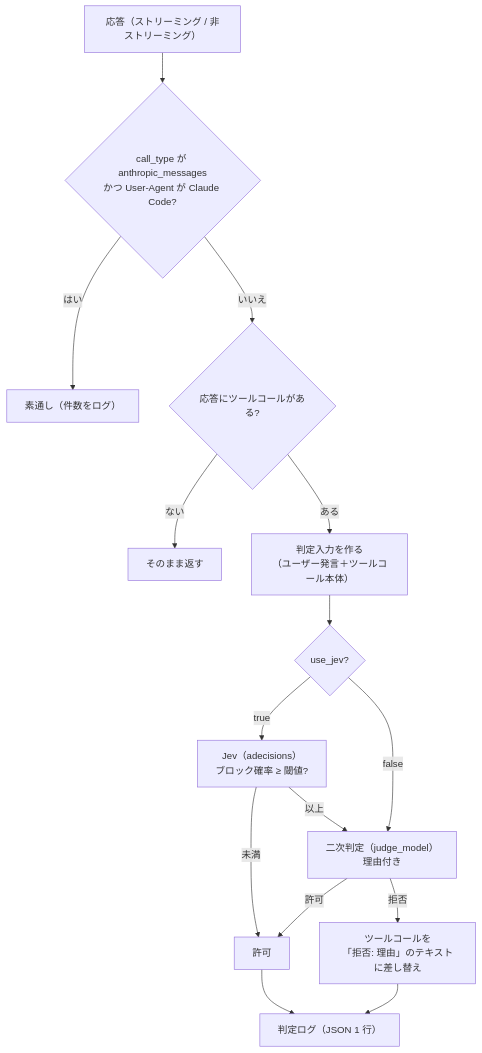
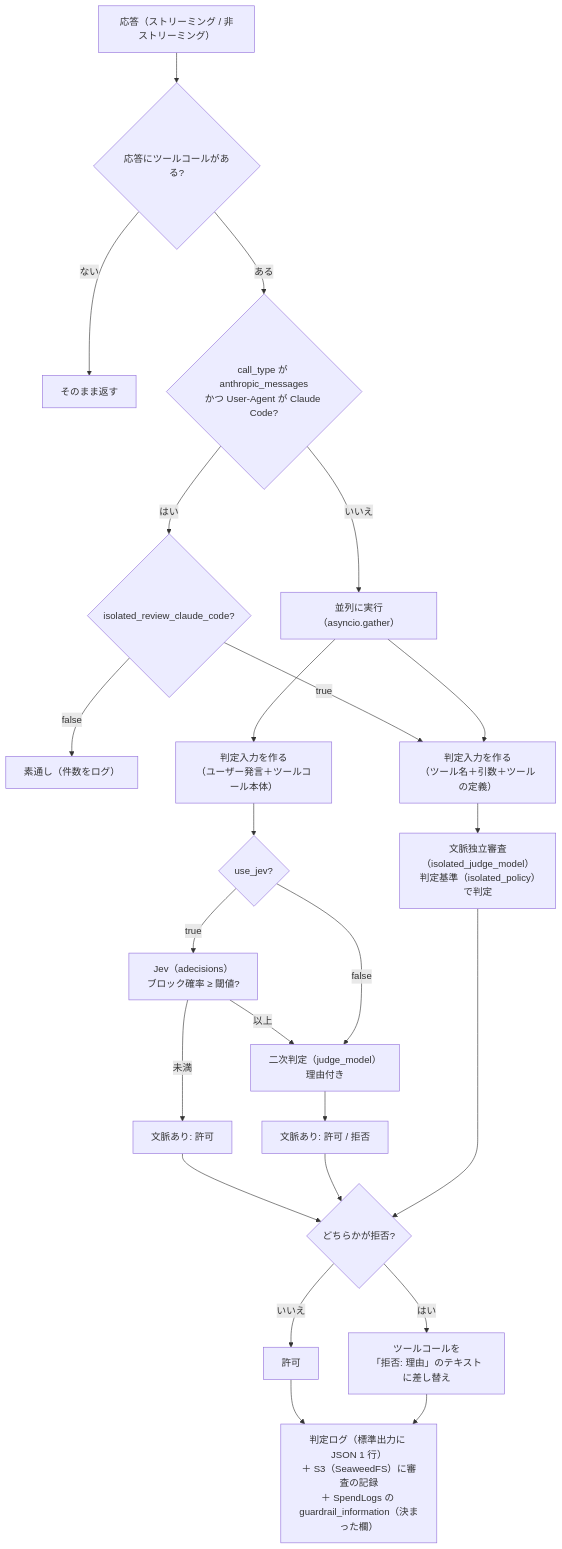
The third of 3 diagrams in docs/design.md (notfolder/litellm-agent-gateway-lab), drawn with Mermaid before and after one commit. The commit also changed other lines of this file and 2 other files, not shown here.

First line of the commit message:
Specify the context-independent tool argument review

````diff
--- a/docs/design.md
+++ b/docs/design.md
@@ -333,17 +356,26 @@
 ```mermaid
 flowchart TB
-    R["応答（ストリーミング / 非ストリーミング）"] --> K{"call_type が anthropic_messages<br/>かつ User-Agent が Claude Code?"}
-    K -- はい --> PASS["素通し（件数をログ）"]
-    K -- いいえ --> T{"応答にツールコールがある?"}
+    R["応答（ストリーミング / 非ストリーミング）"] --> T{"応答にツールコールがある?"}
     T -- ない --> OUT["そのまま返す"]
-    T -- ある --> X["判定入力を作る<br/>（ユーザー発言＋ツールコール本体）"]
+    T -- ある --> K{"call_type が anthropic_messages<br/>かつ User-Agent が Claude Code?"}
+    K -- はい --> CC{"isolated_review_claude_code?"}
+    CC -- false --> PASS["素通し（件数をログ）"]
+    CC -- true --> I1
+    K -- いいえ --> P["並列に実行（asyncio.gather）"]
+    P --> X["判定入力を作る<br/>（ユーザー発言＋ツールコール本体）"]
     X --> J{"use_jev?"}
     J -- true --> J1["Jev（adecisions）<br/>ブロック確率 ≥ 閾値?"]
-    J1 -- 未満 --> ALLOW["許可"]
+    J1 -- 未満 --> CA["文脈あり: 許可"]
     J1 -- 以上 --> J2["二次判定（judge_model）<br/>理由付き"]
     J -- false --> J2
-    J2 -- 許可 --> ALLOW
-    J2 -- 拒否 --> DENY["ツールコールを<br/>「拒否: 理由」のテキストに差し替え"]
-    ALLOW --> LOG["判定ログ（JSON 1 行）"]
+    J2 --> CR["文脈あり: 許可 / 拒否"]
+    P --> I1["判定入力を作る<br/>（ツール名＋引数＋ツールの定義）"]
+    I1 --> I2["文脈独立審査（isolated_judge_model）<br/>判定基準（isolated_policy）で判定"]
+    CA --> M{"どちらかが拒否?"}
+    CR --> M
+    I2 --> M
+    M -- いいえ --> ALLOW["許可"]
+    M -- はい --> DENY["ツールコールを<br/>「拒否: 理由」のテキストに差し替え"]
+    ALLOW --> LOG["判定ログ（標準出力に JSON 1 行）<br/>＋ S3（SeaweedFS）に審査の記録<br/>＋ SpendLogs の guardrail_information（決まった欄）"]
     DENY --> LOG
 ```
````
